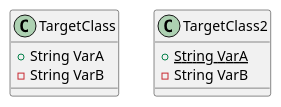
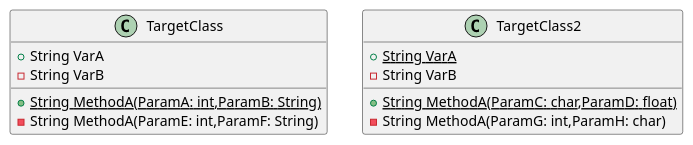
One commit to friskaim7/text2sd changed the diagram in code2diagram/out/class_diagram.puml. Above: the diagram before and after it, drawn with PlantUML. The commit also changed 1 other file, not shown here.

Commit message:
update Transformer to write method informations

```diff
--- a/code2diagram/out/class_diagram.puml
+++ b/code2diagram/out/class_diagram.puml
@@ -1,8 +1,12 @@
 @startuml Class Diagram
 class TargetClass
 TargetClass : +  String VarA
 TargetClass : -  String VarB
+TargetClass : + {static} String MethodA(ParamA: int,ParamB: String)
+TargetClass : -  String MethodA(ParamE: int,ParamF: String)
 class TargetClass2
 TargetClass2 : + {static} String VarA
 TargetClass2 : -  String VarB
+TargetClass2 : + {static} String MethodA(ParamC: char,ParamD: float)
+TargetClass2 : -  String MethodA(ParamG: int,ParamH: char)
 @enduml
```
